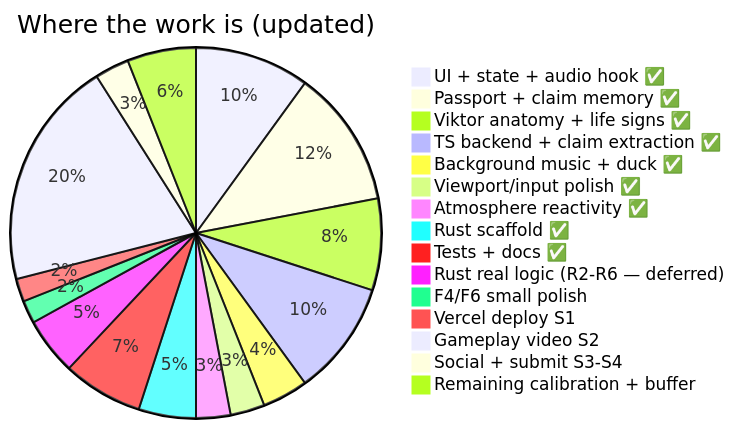
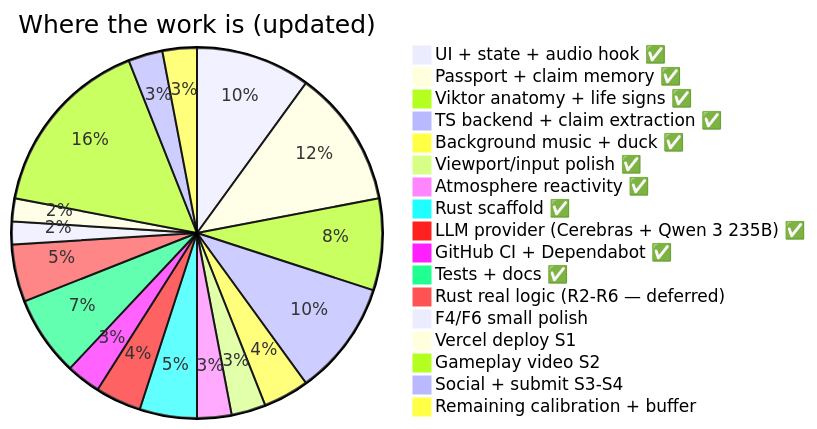
The third of 3 diagrams in docs/STATUS.md (AnkanMisra/Negotiator), drawn with Mermaid before and after one commit. The commit also changed other lines of this file and 1 other file, not shown here.

````diff
--- a/docs/STATUS.md
+++ b/docs/STATUS.md
@@ -180,18 +200,20 @@
 ```mermaid
 pie title Where the work is (updated)
     "UI + state + audio hook ✅" : 10
     "Passport + claim memory ✅" : 12
     "Viktor anatomy + life signs ✅" : 8
     "TS backend + claim extraction ✅" : 10
     "Background music + duck ✅" : 4
     "Viewport/input polish ✅" : 3
     "Atmosphere reactivity ✅" : 3
     "Rust scaffold ✅" : 5
+    "LLM provider (Cerebras + Qwen 3 235B) ✅" : 4
+    "GitHub CI + Dependabot ✅" : 3
     "Tests + docs ✅" : 7
     "Rust real logic (R2-R6 — deferred)" : 5
     "F4/F6 small polish" : 2
     "Vercel deploy S1" : 2
-    "Gameplay video S2" : 20
+    "Gameplay video S2" : 16
     "Social + submit S3-S4" : 3
-    "Remaining calibration + buffer" : 6
+    "Remaining calibration + buffer" : 3
 ```
````
